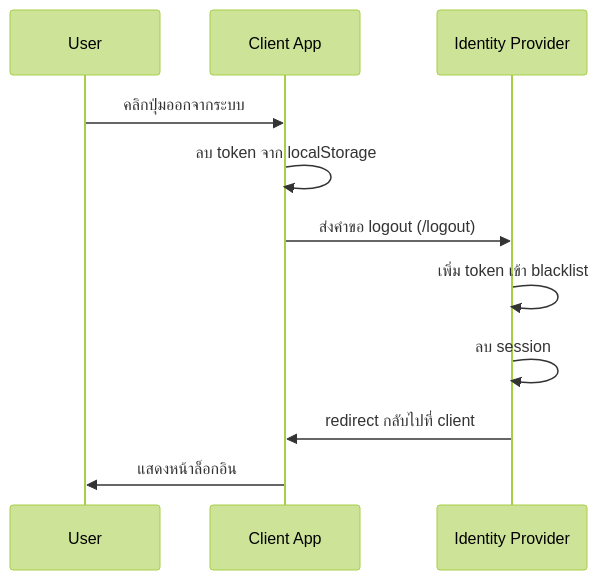
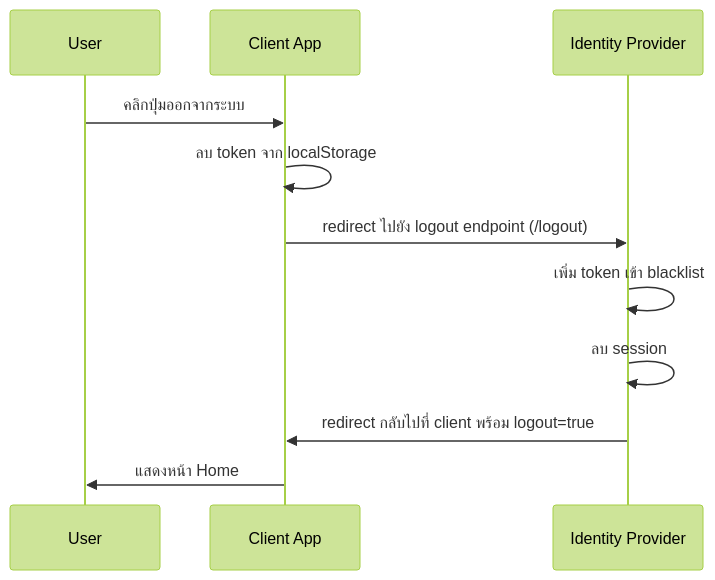
Before and after one commit to ArrayaWongsaita/Learn-basic-sso: the second of 2 diagrams in README.md, drawn with Mermaid (forest theme). The commit also changed other lines of this file and 3 other files, not shown here.

````diff
--- a/README.md
+++ b/README.md
@@ -74,14 +70,14 @@
 ```mermaid
 sequenceDiagram
     participant User
     participant Client as Client App
     participant IdP as Identity Provider
 
     User->>Client: คลิกปุ่มออกจากระบบ
     Client->>Client: ลบ token จาก localStorage
-    Client->>IdP: ส่งคำขอ logout (/logout)
+    Client->>IdP: redirect ไปยัง logout endpoint (/logout)
     IdP->>IdP: เพิ่ม token เข้า blacklist
     IdP->>IdP: ลบ session
-    IdP->>Client: redirect กลับไปที่ client
-    Client->>User: แสดงหน้าล็อกอิน
+    IdP->>Client: redirect กลับไปที่ client พร้อม logout=true
+    Client->>User: แสดงหน้า Home
 ```
````
